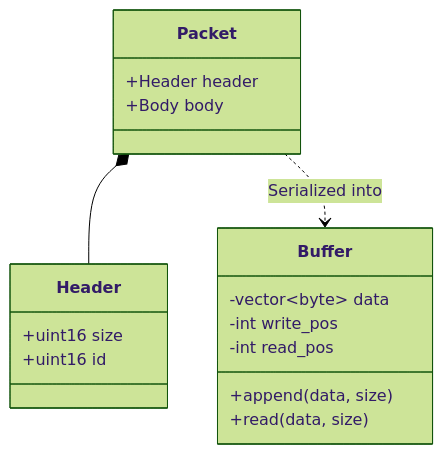
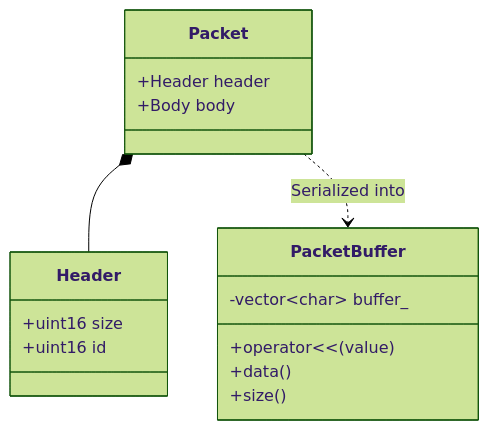
One commit to pargame/Cpp_Study changed the diagram in Week17/README.md. Above: the diagram before and after it, drawn with Mermaid (forest theme). The commit also changed other lines of this file and 34 other files, not shown here.

````diff
--- a/Week17/README.md
+++ b/Week17/README.md
@@ -68,20 +78,19 @@
 ```mermaid
 classDiagram
     class Packet {
         +Header header
         +Body body
     }
     class Header {
         +uint16 size
         +uint16 id
     }
-    class Buffer {
-        +append(data, size)
-        +read(data, size)
-        -vector~byte~ data
-        -int write_pos
-        -int read_pos
+    class PacketBuffer {
+        +operator<<(value)
+        +data()
+        +size()
+        -vector~char~ buffer_
     }
     Packet *-- Header
-    Packet ..> Buffer : Serialized into
+    Packet ..> PacketBuffer : Serialized into
 ```
````
